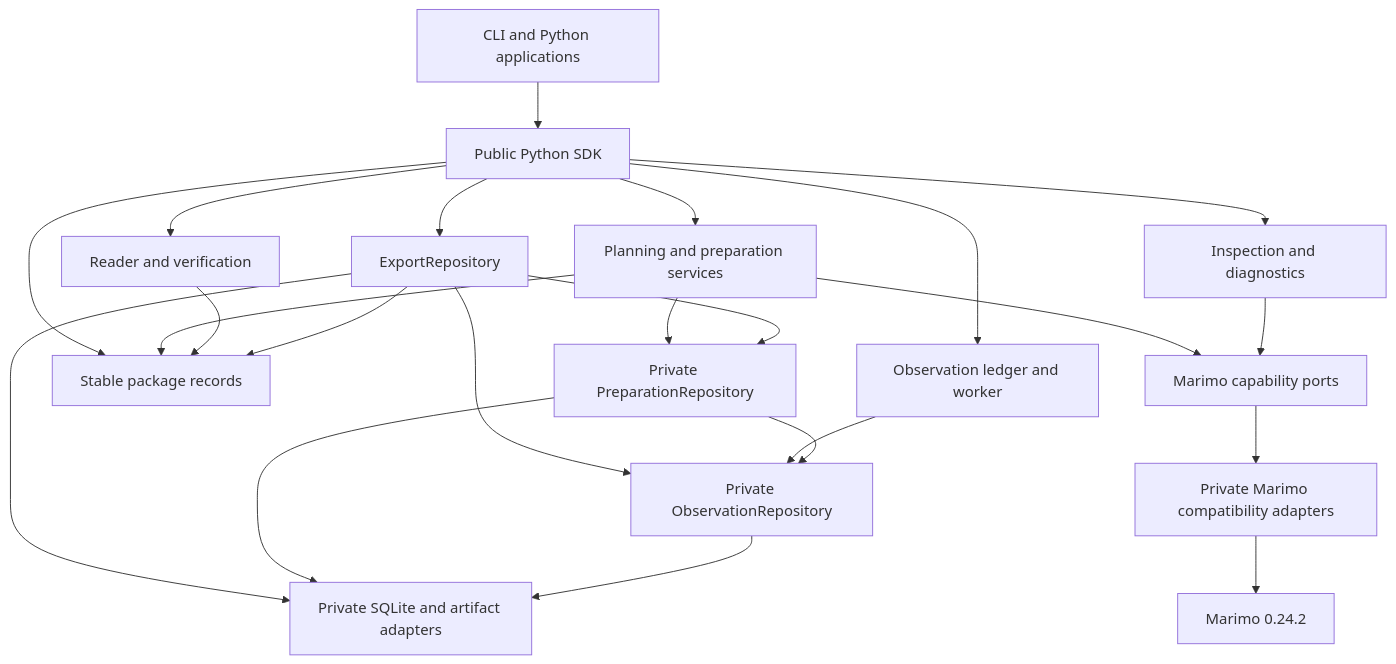
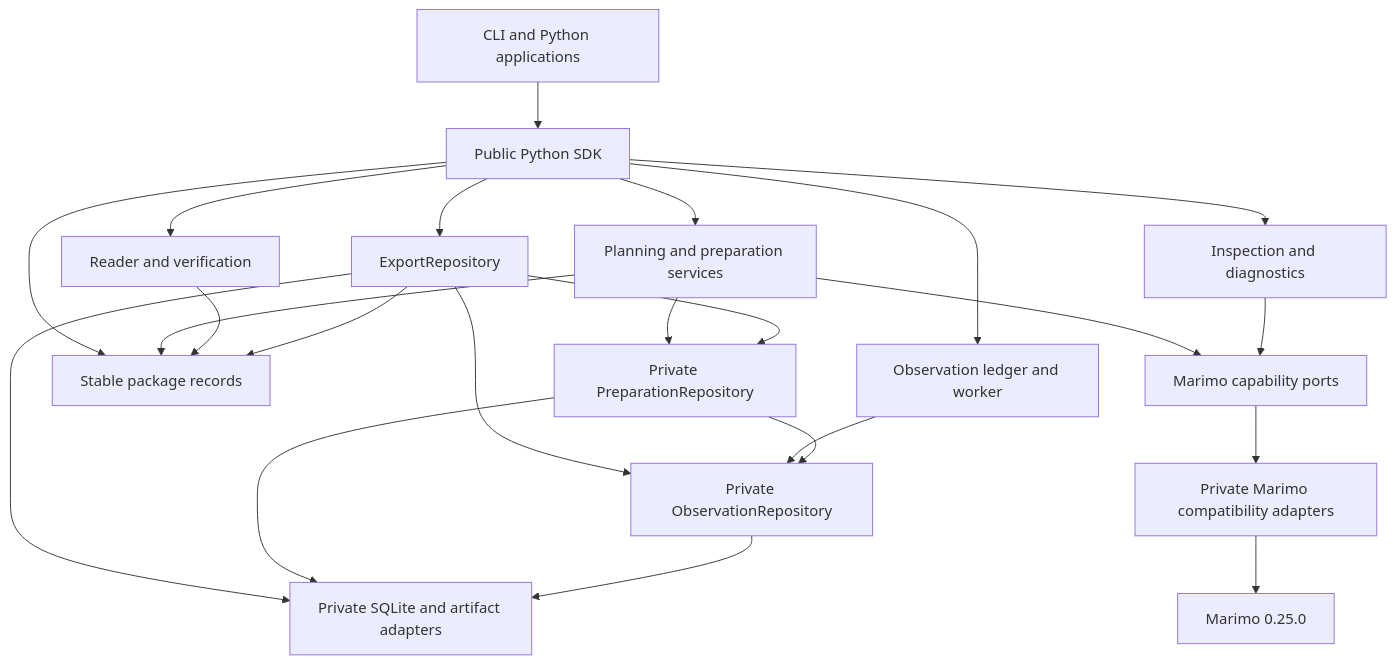
Before and after one commit to marimo-team/marimo-export: the third of 4 diagrams in development_docs/architecture.md, drawn with Mermaid. The commit also changed other lines of this file and 12 other files, not shown here.

````diff
--- a/development_docs/architecture.md
+++ b/development_docs/architecture.md
@@ -75,40 +75,40 @@
 ```mermaid
 flowchart TB
     apps[CLI and Python applications]
     sdk[Public Python SDK]
     services[Planning and preparation services]
     readers[Reader and verification]
     publicRepository[ExportRepository]
     integration[Inspection and diagnostics]
     observationWorker[Observation ledger and worker]
     records[Stable package records]
     preparationRepository[Private PreparationRepository]
     observationRepository[Private ObservationRepository]
     marimoPorts[Marimo capability ports]
     sqlite[Private SQLite and artifact adapters]
     compat[Private Marimo compatibility adapters]
-    host[Marimo 0.24.2]
+    host[Marimo 0.25.0]
 
     apps --> sdk
     sdk --> records
     sdk --> services
     sdk --> readers
     sdk --> publicRepository
     sdk --> integration
     sdk --> observationWorker
     services --> records
     services --> preparationRepository
     services --> marimoPorts
     readers --> records
     publicRepository --> records
     publicRepository --> sqlite
     publicRepository --> observationRepository
     publicRepository --> preparationRepository
     integration --> marimoPorts
     observationWorker --> observationRepository
     preparationRepository --> observationRepository
     preparationRepository --> sqlite
     observationRepository --> sqlite
     marimoPorts --> compat
     compat --> host
 ```
````
